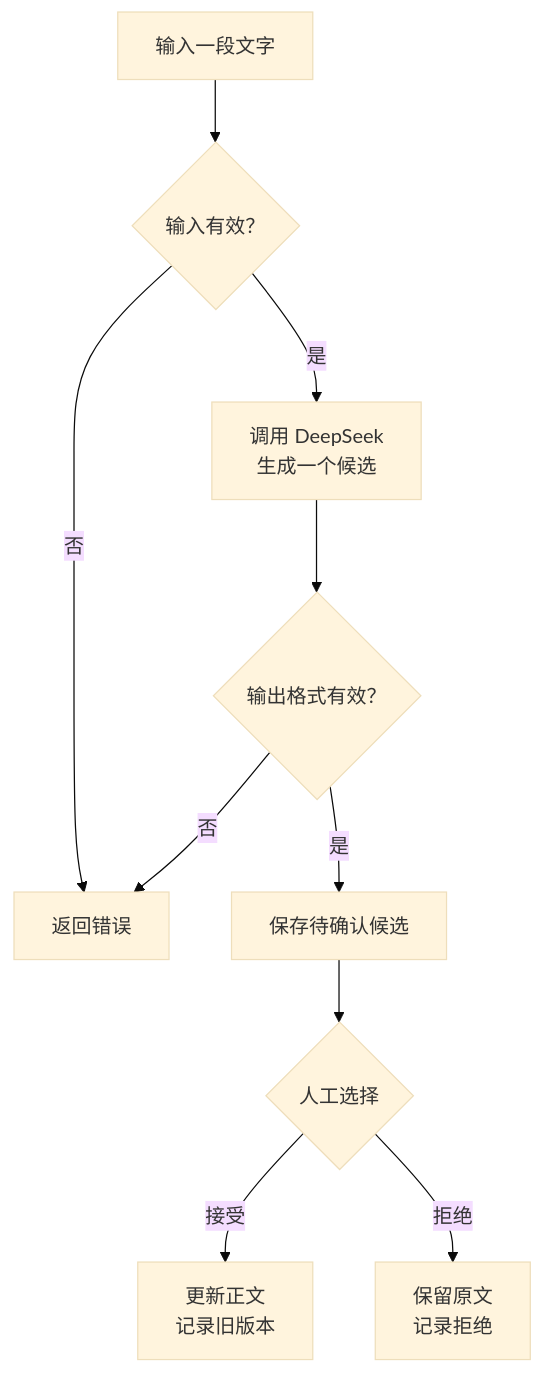
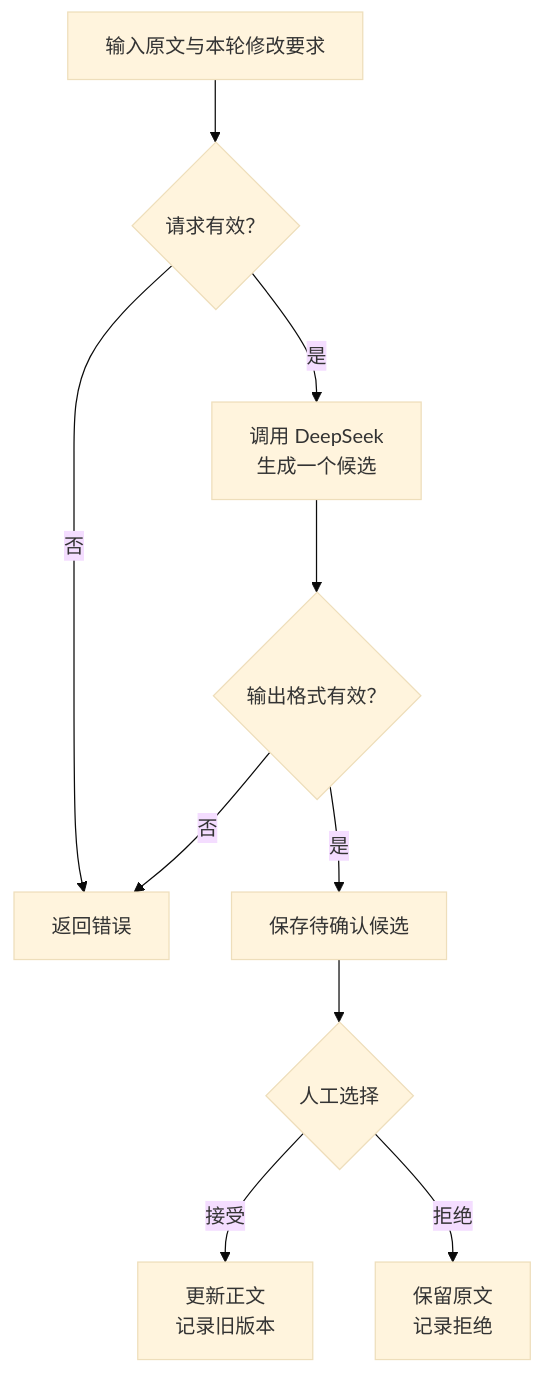
Before and after one commit to SenTomKing/01Writing: the diagram in README.md, drawn with Mermaid (base theme). The commit also changed other lines of this file and 12 other files, not shown here.

````diff
--- a/README.md
+++ b/README.md
@@ -20,12 +20,12 @@
 ```mermaid
 flowchart TD
-    A[输入一段文字] --> B{输入有效？}
+    A[输入原文与本轮修改要求] --> B{请求有效？}
     B -- 否 --> C[返回错误]
     B -- 是 --> D[调用 DeepSeek<br/>生成一个候选]
     D --> E{输出格式有效？}
     E -- 否 --> C
     E -- 是 --> F[保存待确认候选]
     F --> G{人工选择}
     G -- 接受 --> H[更新正文<br/>记录旧版本]
     G -- 拒绝 --> I[保留原文<br/>记录拒绝]
 ```
````
